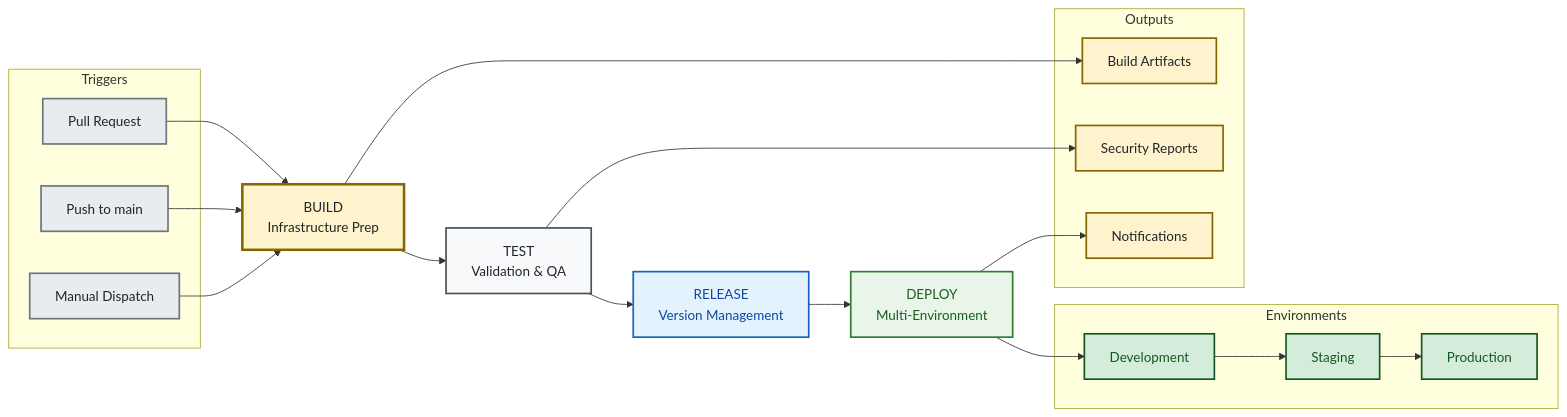
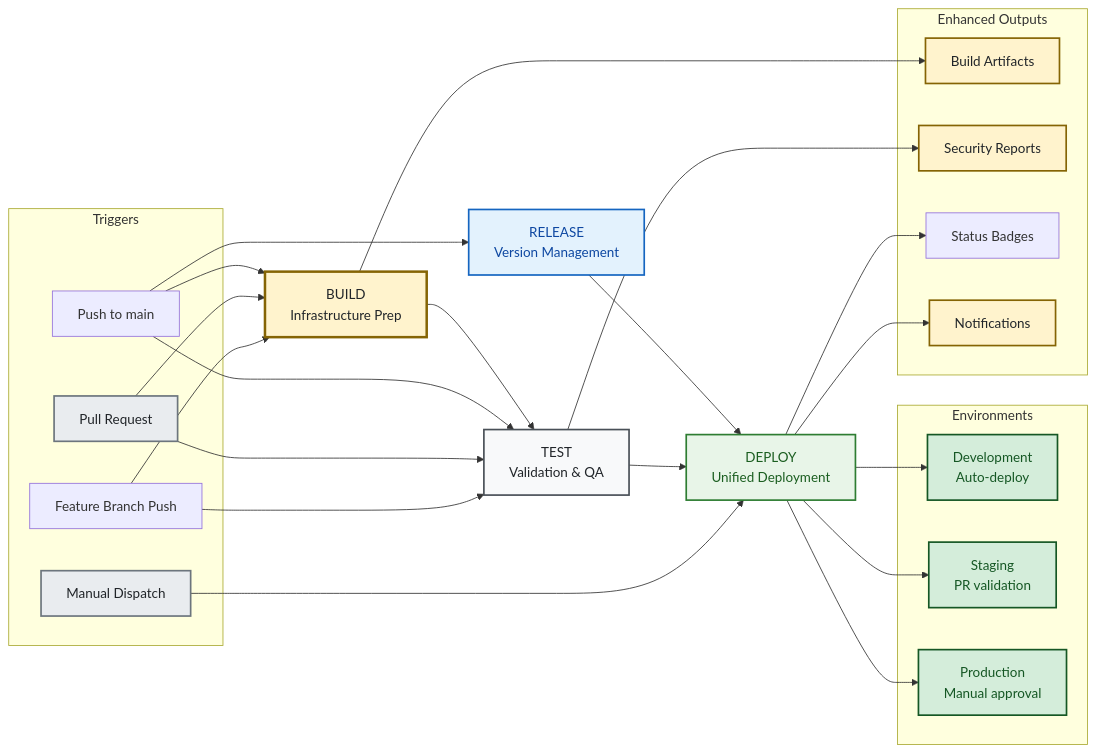
Before and after one commit to Celtikill/static-site: the first of 6 diagrams in docs/architecture/cicd.md, drawn with Mermaid. The commit also changed other lines of this file and 2 other files, not shown here.

Commit message:
docs & badges

````diff
--- a/docs/architecture/cicd.md
+++ b/docs/architecture/cicd.md
@@ -21,62 +21,70 @@
 ```mermaid
 graph LR
     %% Accessibility
-    accTitle: CI/CD Pipeline High-Level Flow
-    accDescr: High-level view of CI/CD pipeline showing triggers leading to BUILD-TEST-RELEASE-DEPLOY phases with environment progression and monitoring outputs
+    accTitle: Corrected CI/CD Pipeline High-Level Flow
+    accDescr: Updated CI/CD pipeline showing corrected flow where TEST leads to DEPLOY for all environments, with enhanced badge tracking and branch protection
     
     subgraph "Triggers"
+        FEATURE[Feature Branch Push]
         PR[Pull Request]
-        PUSH[Push to main]
+        MAIN[Push to main]
         MANUAL[Manual Dispatch]
     end
     
     BUILD[BUILD<br/>Infrastructure Prep]
     TEST[TEST<br/>Validation & QA]
     RELEASE[RELEASE<br/>Version Management]
-    DEPLOY[DEPLOY<br/>Multi-Environment]
+    DEPLOY[DEPLOY<br/>Unified Deployment]
     
     subgraph "Environments"
-        DEV[Development]
-        STAGING[Staging]
-        PROD[Production]
+        DEV[Development<br/>Auto-deploy]
+        STAGING[Staging<br/>PR validation]
+        PROD[Production<br/>Manual approval]
     end
     
-    subgraph "Outputs"
+    subgraph "Enhanced Outputs"
         ARTIFACTS[Build Artifacts]
         REPORTS[Security Reports]
+        BADGES[Status Badges]
         NOTIFICATIONS[Notifications]
     end
     
+    FEATURE --> BUILD
+    FEATURE --> TEST
     PR --> BUILD
-    PUSH --> BUILD
-    MANUAL --> BUILD
+    PR --> TEST
+    MAIN --> BUILD
+    MAIN --> TEST
+    MANUAL --> DEPLOY
     
     BUILD --> TEST
-    TEST --> RELEASE
+    TEST --> DEPLOY
+    MAIN --> RELEASE
     RELEASE --> DEPLOY
     
     DEPLOY --> DEV
-    DEV --> STAGING
-    STAGING --> PROD
+    DEPLOY --> STAGING
+    DEPLOY --> PROD
     
     BUILD --> ARTIFACTS
     TEST --> REPORTS
+    DEPLOY --> BADGES
     DEPLOY --> NOTIFICATIONS
     
     %% Styling following Mermaid style guide
     classDef buildBox fill:#fff3cd,stroke:#856404,stroke-width:3px,color:#212529
     classDef testBox fill:#f8f9fa,stroke:#495057,stroke-width:2px,color:#212529
     classDef deployBox fill:#e8f5e8,stroke:#2e7d32,stroke-width:2px,color:#1b5e20
     classDef releaseBox fill:#e3f2fd,stroke:#1565c0,stroke-width:2px,color:#0d47a1
     classDef triggerBox fill:#e9ecef,stroke:#6c757d,stroke-width:2px,color:#212529
     classDef envBox fill:#d4edda,stroke:#155724,stroke-width:2px,color:#155724
     classDef outputBox fill:#fff3cd,stroke:#856404,stroke-width:2px,color:#212529
     
     class BUILD buildBox
     class TEST testBox
     class RELEASE releaseBox
     class DEPLOY deployBox
     class PR,PUSH,MANUAL triggerBox
     class DEV,STAGING,PROD envBox
     class ARTIFACTS,REPORTS,NOTIFICATIONS outputBox
 ```
````
